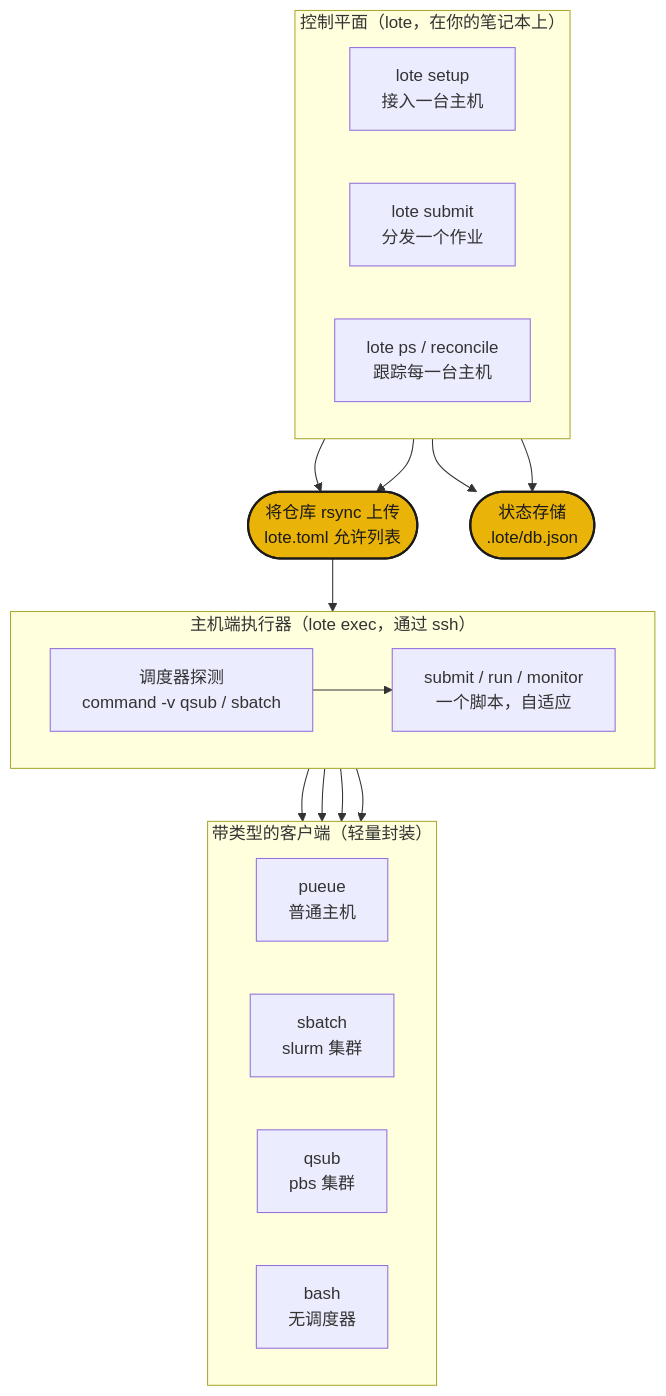
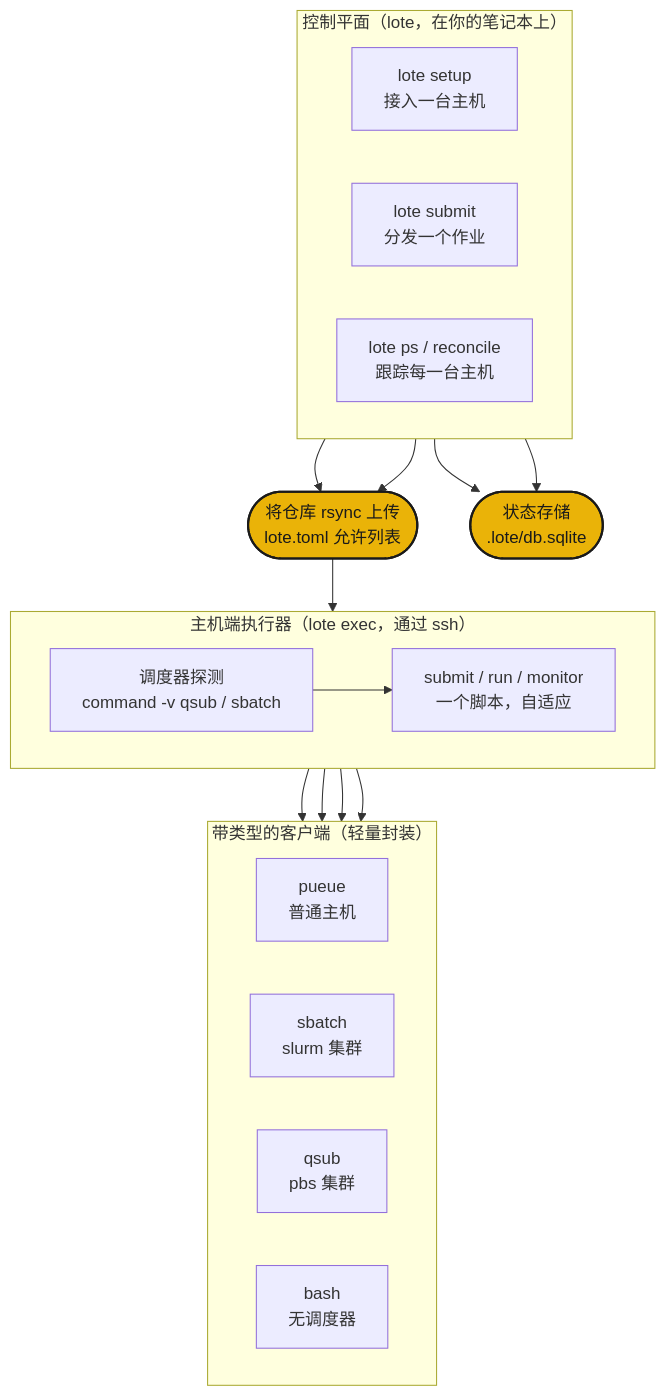
The diagram in docs/how-it-works.zh.md (phvv-me/lote), drawn with Mermaid before and after one commit. The commit also changed other lines of this file and 58 other files, not shown here.

````diff
--- a/docs/how-it-works.zh.md
+++ b/docs/how-it-works.zh.md
@@ -5,40 +5,40 @@
 ```mermaid
 flowchart TB
     subgraph control["控制平面（lote，在你的笔记本上）"]
         direction LR
         SETUP["lote setup<br/>接入一台主机"]
         SUBMIT["lote submit<br/>分发一个作业"]
         PS["lote ps / reconcile<br/>跟踪每一台主机"]
     end
 
     subgraph onhost["主机端执行器（lote exec，通过 ssh）"]
         direction LR
         DETECT["调度器探测<br/>command -v qsub / sbatch"]
         ADAPT["submit / run / monitor<br/>一个脚本，自适应"]
     end
 
     subgraph clients["带类型的客户端（轻量封装）"]
         direction LR
         PUEUE["pueue<br/>普通主机"]
         SBATCH["sbatch<br/>slurm 集群"]
         QSUB["qsub<br/>pbs 集群"]
         BASH["bash<br/>无调度器"]
     end
 
     RSYNC(["将仓库 rsync 上传<br/>lote.toml 允许列表"]):::brand
-    DB(["状态存储<br/>.lote/db.json"]):::brand
+    DB(["状态存储<br/>.lote/db.sqlite"]):::brand
 
     SETUP --> RSYNC
     SUBMIT --> RSYNC
     RSYNC --> DETECT
     DETECT --> ADAPT
     ADAPT --> PUEUE
     ADAPT --> SBATCH
     ADAPT --> QSUB
     ADAPT --> BASH
 
     SUBMIT --> DB
     PS --> DB
 
     classDef brand fill:#eab308,stroke:#1a1a1a,stroke-width:2px,color:#1a1a1a;
 ```
````
